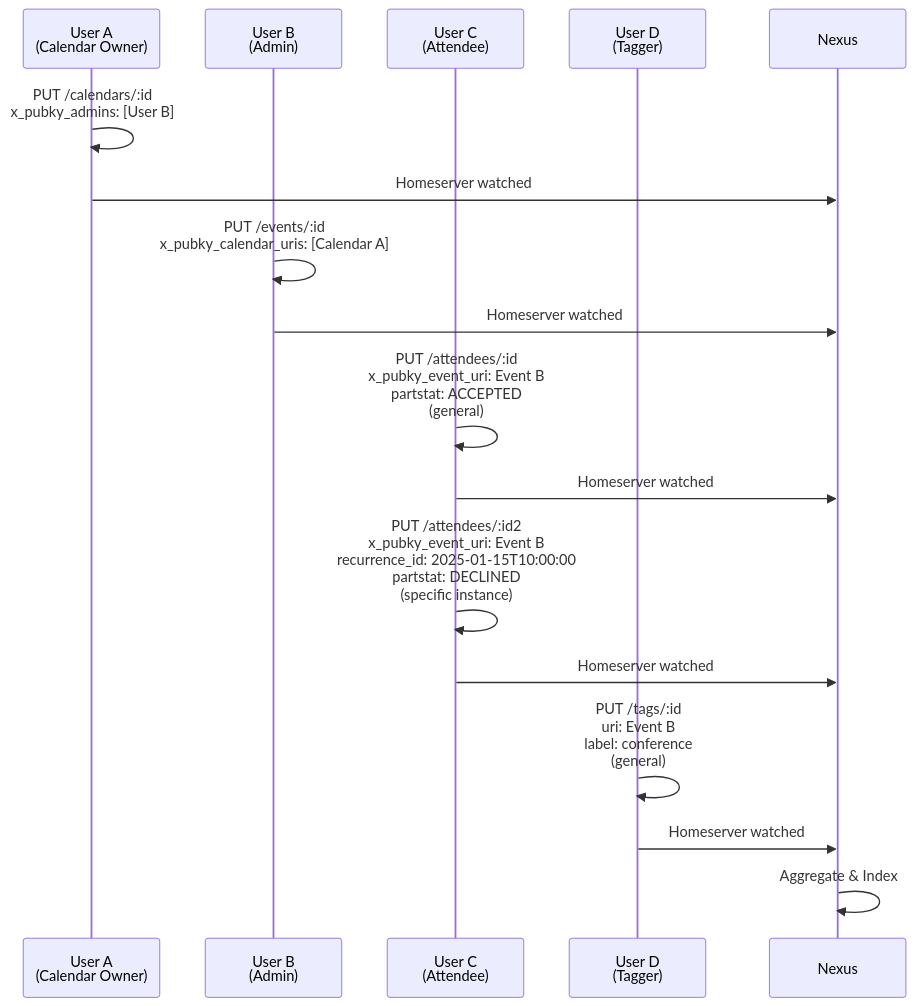
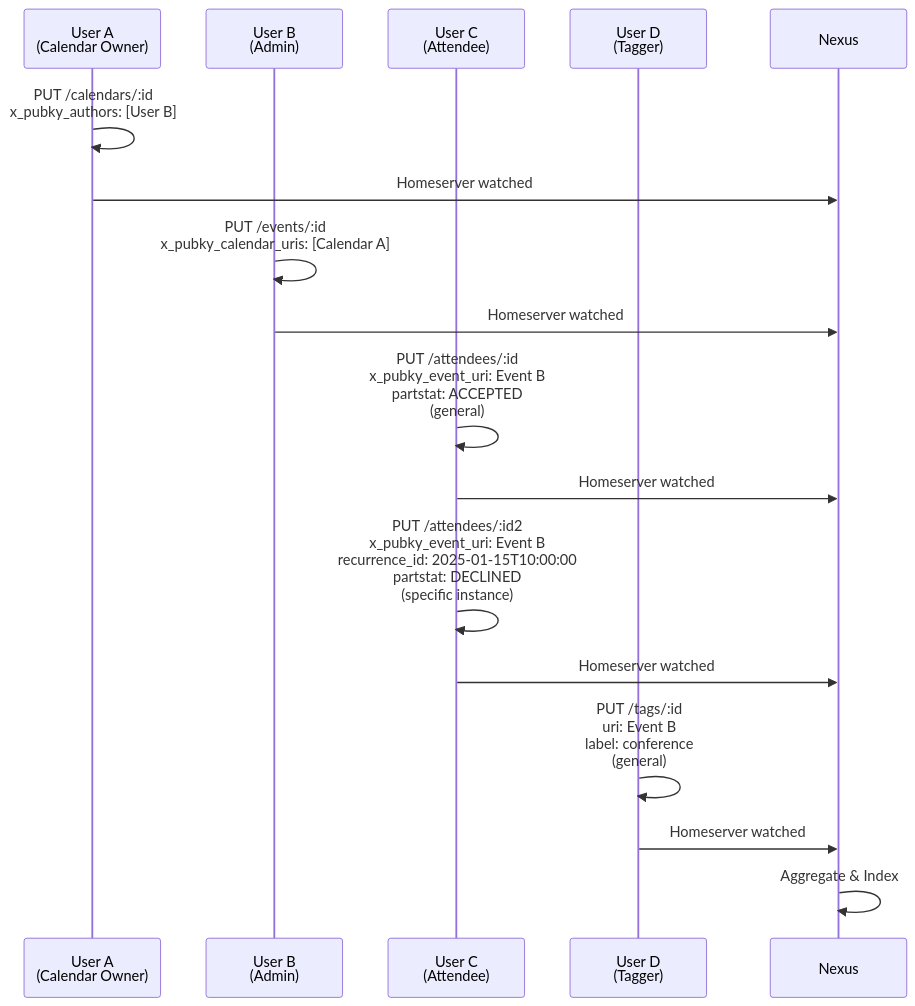
One commit to gillohner/eventky changed the third of 3 diagrams in docs/DATA_MODEL.md. Above: the diagram before and after it, drawn with Mermaid. The commit also changed other lines of this file and 21 other files, not shown here.

````diff
--- a/docs/DATA_MODEL.md
+++ b/docs/DATA_MODEL.md
@@ -101,25 +101,25 @@
 ```mermaid
 sequenceDiagram
     participant UA as User A<br/>(Calendar Owner)
     participant UB as User B<br/>(Admin)
     participant UC as User C<br/>(Attendee)
     participant UD as User D<br/>(Tagger)
     participant N as Nexus
     
-    UA->>UA: PUT /calendars/:id<br/>x_pubky_admins: [User B]
+    UA->>UA: PUT /calendars/:id<br/>x_pubky_authors: [User B]
     UA->>N: Homeserver watched
     
     UB->>UB: PUT /events/:id<br/>x_pubky_calendar_uris: [Calendar A]
     UB->>N: Homeserver watched
     
     UC->>UC: PUT /attendees/:id<br/>x_pubky_event_uri: Event B<br/>partstat: ACCEPTED<br/>(general)
     UC->>N: Homeserver watched
     
     UC->>UC: PUT /attendees/:id2<br/>x_pubky_event_uri: Event B<br/>recurrence_id: 2025-01-15T10:00:00<br/>partstat: DECLINED<br/>(specific instance)
     UC->>N: Homeserver watched
     
     UD->>UD: PUT /tags/:id<br/>uri: Event B<br/>label: conference<br/>(general)
     UD->>N: Homeserver watched
     
     N->>N: Aggregate & Index
 ```
````
